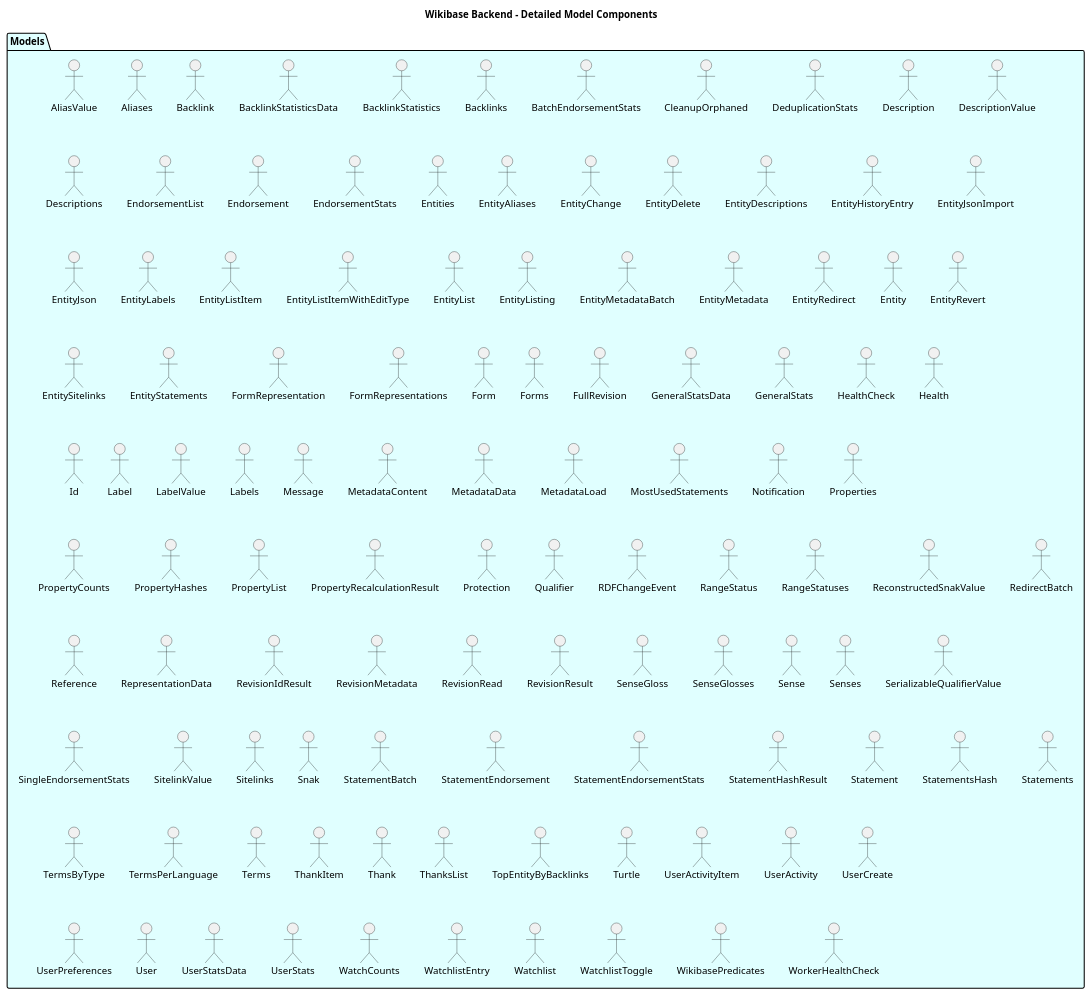
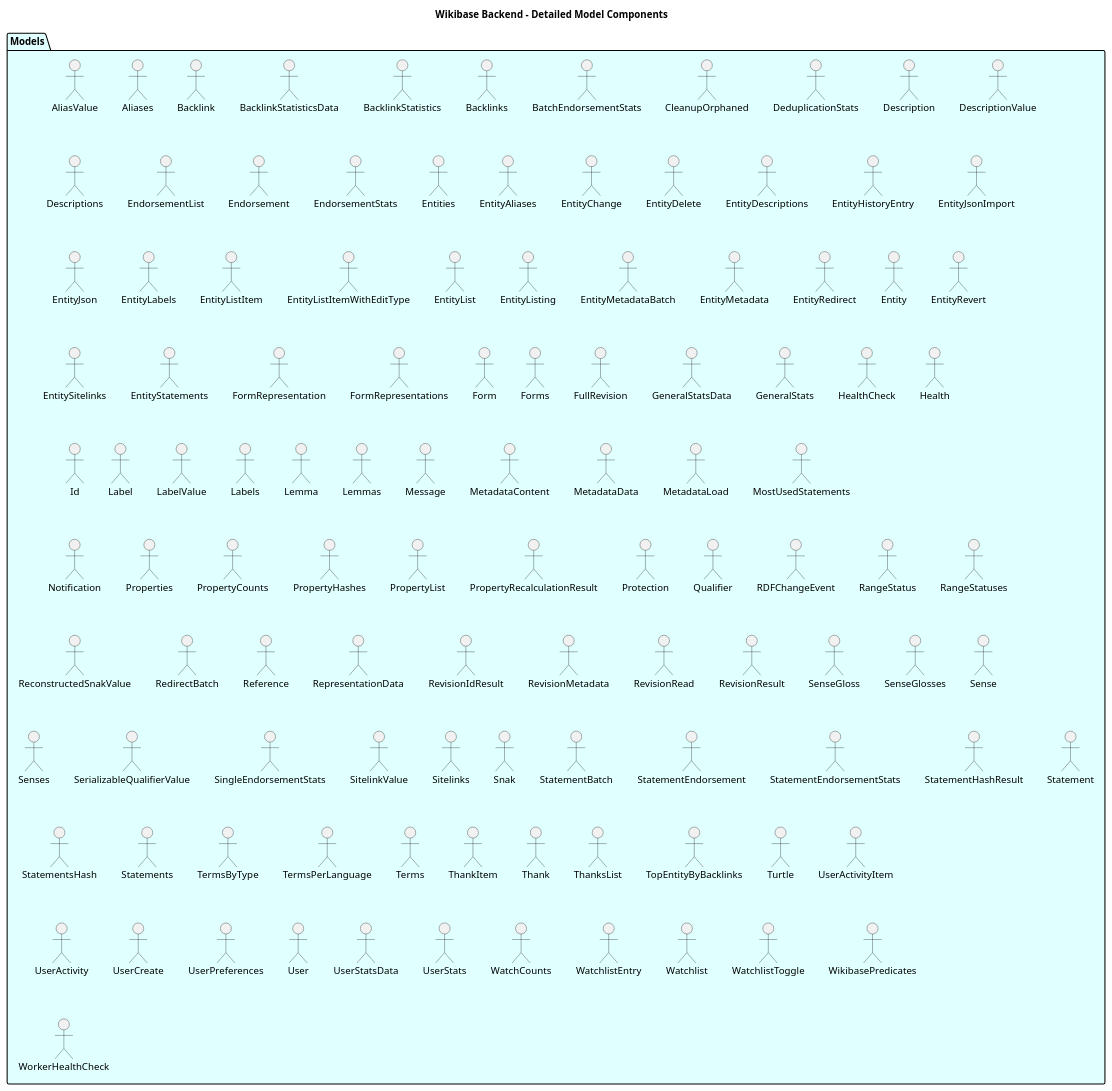
Before and after one commit to dpriskorn/entitybase-backend: the diagram in doc/DIAGRAMS/detailed_model_components.puml, drawn with PlantUML. The commit also changed 27 other files, not shown here.

```diff
--- a/doc/DIAGRAMS/detailed_model_components.puml
+++ b/doc/DIAGRAMS/detailed_model_components.puml
@@ -1,117 +1,119 @@
 @startuml Detailed Model Components
 
 title Wikibase Backend - Detailed Model Components
 
 package "Models" as Models #LightCyan {
     "AliasValue" as AliasValue
     "Aliases" as AliasesResponse
     "Backlink" as BacklinkResponse
     "BacklinkStatisticsData" as BacklinkStatisticsData
     "BacklinkStatistics" as BacklinkStatisticsResponse
     "Backlinks" as BacklinksResponse
     "BatchEndorsementStats" as BatchEndorsementStatsResponse
     "CleanupOrphaned" as CleanupOrphanedResponse
     "DeduplicationStats" as DeduplicationStatsResponse
     "Description" as DescriptionResponse
     "DescriptionValue" as DescriptionValue
     "Descriptions" as DescriptionsResponse
     "EndorsementList" as EndorsementListResponse
     "Endorsement" as EndorsementResponse
     "EndorsementStats" as EndorsementStatsResponse
     "Entities" as EntitiesResponse
     "EntityAliases" as EntityAliasesResponse
     "EntityChange" as EntityChange
     "EntityDelete" as EntityDeleteResponse
     "EntityDescriptions" as EntityDescriptionsResponse
     "EntityHistoryEntry" as EntityHistoryEntry
     "EntityJsonImport" as EntityJsonImportResponse
     "EntityJson" as EntityJsonResponse
     "EntityLabels" as EntityLabelsResponse
     "EntityListItem" as EntityListItem
     "EntityListItemWithEditType" as EntityListItemWithEditType
     "EntityList" as EntityListResponse
     "EntityListing" as EntityListing
     "EntityMetadataBatch" as EntityMetadataBatchResponse
     "EntityMetadata" as EntityMetadataResponse
     "EntityRedirect" as EntityRedirectResponse
     "Entity" as EntityResponse
     "EntityRevert" as EntityRevertResponse
     "EntitySitelinks" as EntitySitelinksResponse
     "EntityStatements" as EntityStatementsResponse
     "FormRepresentation" as FormRepresentationResponse
     "FormRepresentations" as FormRepresentationsResponse
     "Form" as FormResponse
     "Forms" as FormsResponse
     "FullRevision" as FullRevisionResponse
     "GeneralStatsData" as GeneralStatsData
     "GeneralStats" as GeneralStatsResponse
     "HealthCheck" as HealthCheckResponse
     "Health" as HealthResponse
     "Id" as IdResponse
     "Label" as LabelResponse
     "LabelValue" as LabelValue
     "Labels" as LabelsResponse
+    "Lemma" as LemmaResponse
+    "Lemmas" as LemmasResponse
     "Message" as MessageResponse
     "MetadataContent" as MetadataContent
     "MetadataData" as MetadataData
     "MetadataLoad" as MetadataLoadResponse
     "MostUsedStatements" as MostUsedStatementsResponse
     "Notification" as NotificationResponse
     "Properties" as PropertiesResponse
     "PropertyCounts" as PropertyCountsResponse
     "PropertyHashes" as PropertyHashesResponse
     "PropertyList" as PropertyListResponse
     "PropertyRecalculationResult" as PropertyRecalculationResult
     "Protection" as ProtectionResponse
     "Qualifier" as QualifierResponse
     "RDFChangeEvent" as RDFChangeEvent
     "RangeStatus" as RangeStatus
     "RangeStatuses" as RangeStatuses
     "ReconstructedSnakValue" as ReconstructedSnakValue
     "RedirectBatch" as RedirectBatchResponse
     "Reference" as ReferenceResponse
     "RepresentationData" as RepresentationData
     "RevisionIdResult" as RevisionIdResult
     "RevisionMetadata" as RevisionMetadataResponse
     "RevisionRead" as RevisionReadResponse
     "RevisionResult" as RevisionResult
     "SenseGloss" as SenseGlossResponse
     "SenseGlosses" as SenseGlossesResponse
     "Sense" as SenseResponse
     "Senses" as SensesResponse
     "SerializableQualifierValue" as SerializableQualifierValue
     "SingleEndorsementStats" as SingleEndorsementStatsResponse
     "SitelinkValue" as SitelinkValue
     "Sitelinks" as SitelinksResponse
     "Snak" as SnakResponse
     "StatementBatch" as StatementBatchResponse
     "StatementEndorsement" as StatementEndorsementResponse
     "StatementEndorsementStats" as StatementEndorsementStats
     "StatementHashResult" as StatementHashResult
     "Statement" as StatementResponse
     "StatementsHash" as StatementsHashResponse
     "Statements" as StatementsResponse
     "TermsByType" as TermsByType
     "TermsPerLanguage" as TermsPerLanguage
     "Terms" as TermsResponse
     "ThankItem" as ThankItemResponse
     "Thank" as ThankResponse
     "ThanksList" as ThanksListResponse
     "TopEntityByBacklinks" as TopEntityByBacklinks
     "Turtle" as TurtleResponse
     "UserActivityItem" as UserActivityItemResponse
     "UserActivity" as UserActivityResponse
     "UserCreate" as UserCreateResponse
     "UserPreferences" as UserPreferencesResponse
     "User" as UserResponse
     "UserStatsData" as UserStatsData
     "UserStats" as UserStatsResponse
     "WatchCounts" as WatchCounts
     "WatchlistEntry" as WatchlistEntryResponse
     "Watchlist" as WatchlistResponse
     "WatchlistToggle" as WatchlistToggleResponse
     "WikibasePredicates" as WikibasePredicatesResponse
     "WorkerHealthCheck" as WorkerHealthCheckResponse
 }
 
 @enduml
```
